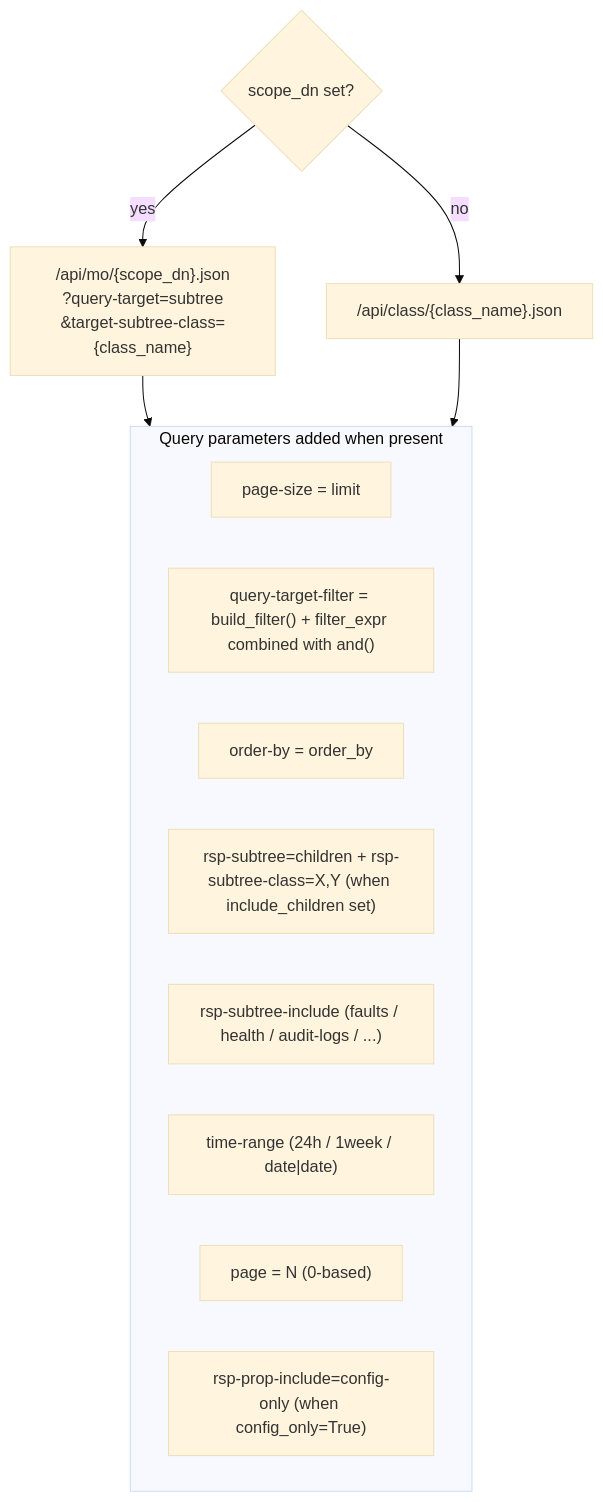
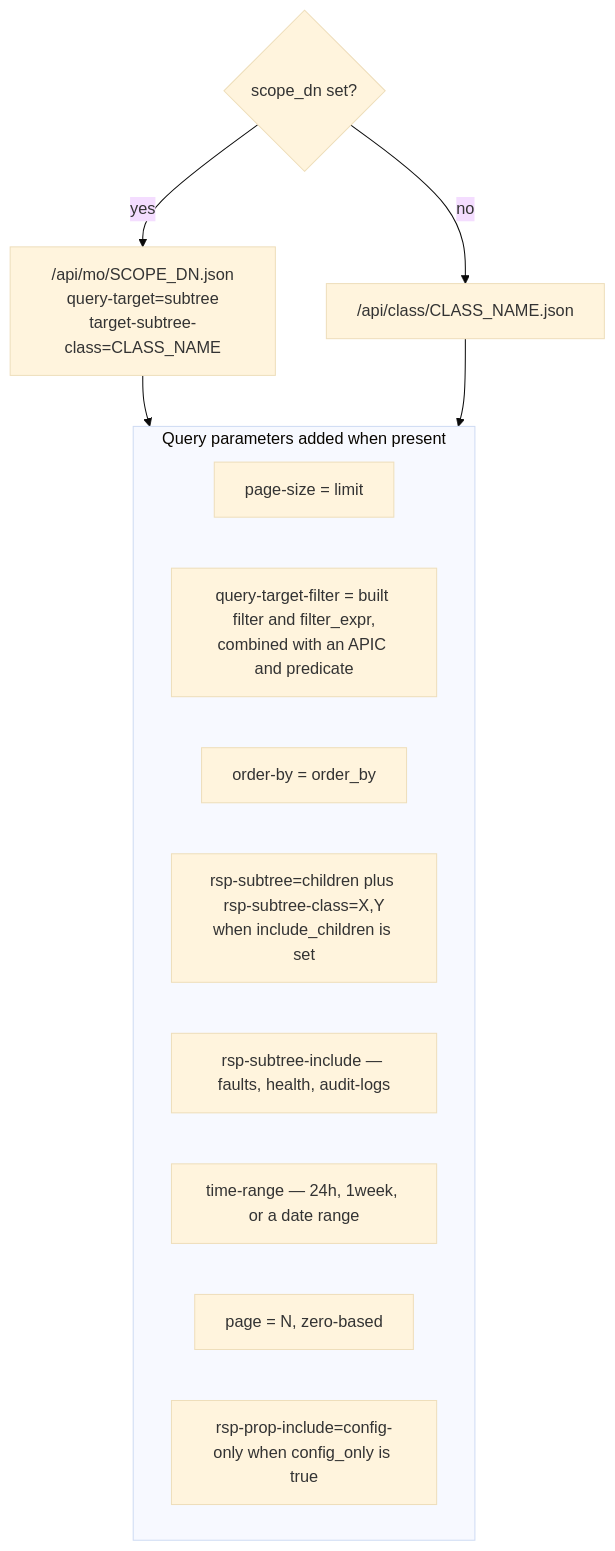
The sixth of 6 diagrams in docs/architecture/data-flow.md (k3l0-dev/aci-mcp), drawn with Mermaid (base theme) before and after one commit. The commit also changed other lines of this file and 27 other files, not shown here.

````diff
--- a/docs/architecture/data-flow.md
+++ b/docs/architecture/data-flow.md
@@ -132,21 +226,21 @@
 ```mermaid
 flowchart TD
-    SD{scope_dn set?}
+    SD{"scope_dn set?"}
 
-    SD -->|"yes"| URL_MO["/api/mo/{scope_dn}.json\n?query-target=subtree\n&target-subtree-class={class_name}"]
-    SD -->|"no"| URL_CLASS["/api/class/{class_name}.json"]
+    SD -->|"yes"| URL_MO["/api/mo/SCOPE_DN.json<br/>query-target=subtree<br/>target-subtree-class=CLASS_NAME"]
+    SD -->|"no"| URL_CLASS["/api/class/CLASS_NAME.json"]
 
     URL_MO --> PARAMS
     URL_CLASS --> PARAMS
 
     subgraph PARAMS["Query parameters added when present"]
         P1["page-size = limit"]
-        P2["query-target-filter = build_filter() + filter_expr combined with and()"]
+        P2["query-target-filter = built filter and filter_expr,<br/>combined with an APIC and predicate"]
         P3["order-by = order_by"]
-        P4["rsp-subtree=children + rsp-subtree-class=X,Y (when include_children set)"]
-        P5["rsp-subtree-include (faults / health / audit-logs / ...)"]
-        P6["time-range (24h / 1week / date|date)"]
-        P7["page = N (0-based)"]
-        P8["rsp-prop-include=config-only (when config_only=True)"]
+        P4["rsp-subtree=children plus rsp-subtree-class=X,Y<br/>when include_children is set"]
+        P5["rsp-subtree-include — faults, health, audit-logs"]
+        P6["time-range — 24h, 1week, or a date range"]
+        P7["page = N, zero-based"]
+        P8["rsp-prop-include=config-only when config_only is true"]
     end
 ```
````
